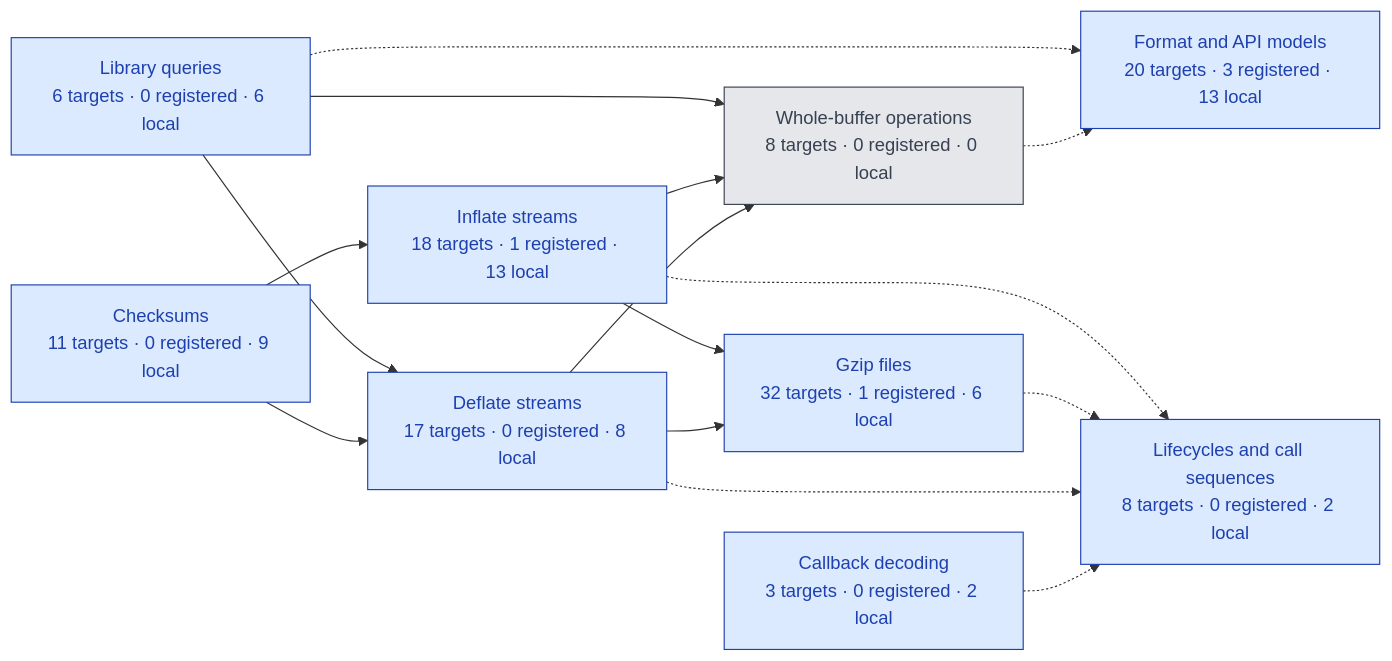
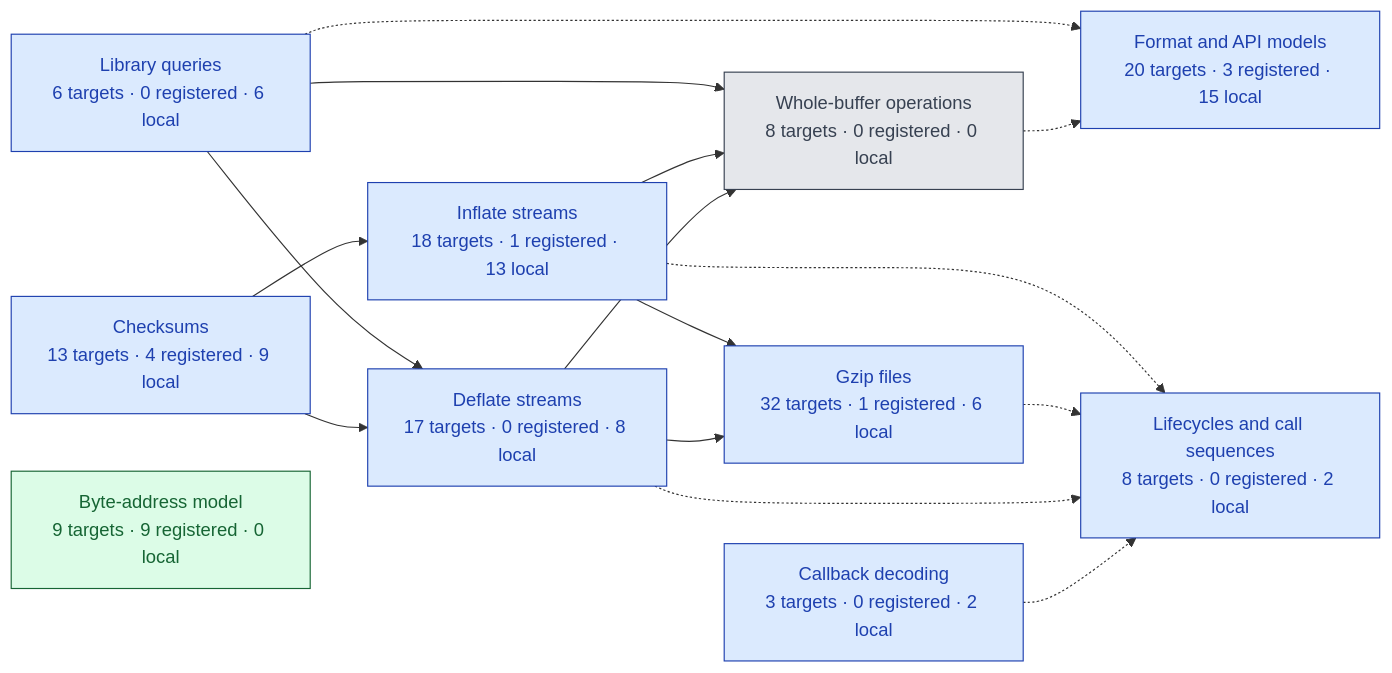
Before and after one commit to cla7aye15I4nd/zlib-f: the diagram in docs/overview.md, drawn with Mermaid. The commit also changed other lines of this file and 32 other files, not shown here.

````diff
--- a/docs/overview.md
+++ b/docs/overview.md
@@ -26,38 +26,40 @@
 ```mermaid
 flowchart LR
   queries["Library queries<br/>6 targets · 0 registered · 6 local"]:::local
-  checksums["Checksums<br/>11 targets · 0 registered · 9 local"]:::local
+  checksums["Checksums<br/>13 targets · 4 registered · 9 local"]:::local
+  addresses["Byte-address model<br/>9 targets · 9 registered · 0 local"]:::registered
   inflate["Inflate streams<br/>18 targets · 1 registered · 13 local"]:::local
   deflate["Deflate streams<br/>17 targets · 0 registered · 8 local"]:::local
   back["Callback decoding<br/>3 targets · 0 registered · 2 local"]:::local
   gzip["Gzip files<br/>32 targets · 1 registered · 6 local"]:::local
   buffers["Whole-buffer operations<br/>8 targets · 0 registered · 0 local"]:::open
-  models["Format and API models<br/>20 targets · 3 registered · 13 local"]:::local
+  models["Format and API models<br/>20 targets · 3 registered · 15 local"]:::local
   lifecycle["Lifecycles and call sequences<br/>8 targets · 0 registered · 2 local"]:::local
   back -.-> lifecycle
   buffers -.-> models
   checksums --> deflate
   checksums --> inflate
   deflate --> buffers
   deflate --> gzip
   deflate -.-> lifecycle
   gzip -.-> lifecycle
   inflate --> buffers
   inflate --> gzip
   inflate -.-> lifecycle
   queries --> buffers
   queries --> deflate
   queries -.-> models
   click queries href "./progress.md#group-queries" "Open group index"
   click checksums href "./progress.md#group-checksums" "Open group index"
+  click addresses href "./progress.md#group-addresses" "Open group index"
   click inflate href "./progress.md#group-inflate" "Open group index"
   click deflate href "./progress.md#group-deflate" "Open group index"
   click back href "./progress.md#group-back" "Open group index"
   click gzip href "./progress.md#group-gzip" "Open group index"
   click buffers href "./progress.md#group-buffers" "Open group index"
   click models href "./progress.md#group-models" "Open group index"
   click lifecycle href "./progress.md#group-lifecycle" "Open group index"
   classDef registered fill:#dcfce7,color:#166534,stroke:#166534
   classDef local fill:#dbeafe,color:#1e40af,stroke:#1e40af
   classDef open fill:#e5e7eb,color:#374151,stroke:#374151
 ```
````
